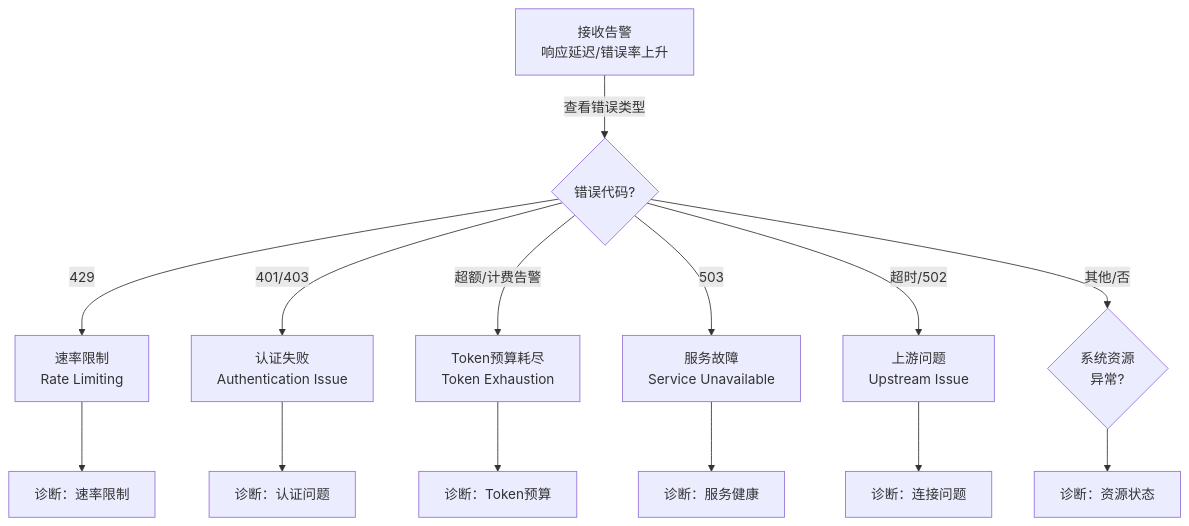
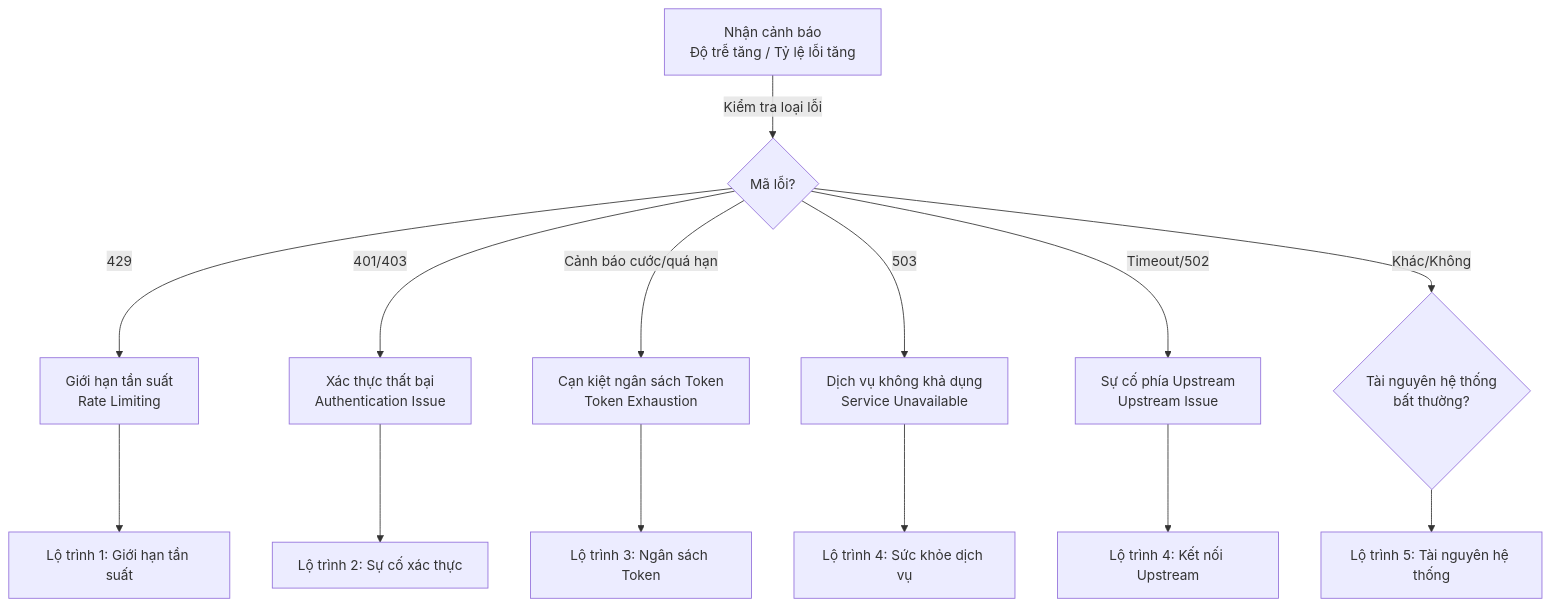
The diagram in 15_troubleshooting_trees/15.2_high_concurrency_diagnosis.md (dino-edu/openclaw_guide), drawn with Mermaid before and after one commit. The commit also changed other lines of this file and 19 other files, not shown here.

````diff
--- a/15_troubleshooting_trees/15.2_high_concurrency_diagnosis.md
+++ b/15_troubleshooting_trees/15.2_high_concurrency_diagnosis.md
@@ -25,18 +23,18 @@
 ```mermaid
 graph TD
-    A["接收告警<br/>响应延迟/错误率上升"] -->|查看错误类型| B{错误代码?}
+    A["Nhận cảnh báo<br/>Độ trễ tăng / Tỷ lệ lỗi tăng"] -->|Kiểm tra loại lỗi| B{Mã lỗi?}
 
-    B -->|429| C["速率限制<br/>Rate Limiting"]
-    B -->|401/403| D["认证失败<br/>Authentication Issue"]
-    B -->|超额/计费告警| E["Token预算耗尽<br/>Token Exhaustion"]
-    B -->|503| F["服务故障<br/>Service Unavailable"]
-    B -->|超时/502| G["上游问题<br/>Upstream Issue"]
-    B -->|其他/否| H{系统资源<br/>异常?}
+    B -->|429| C["Giới hạn tần suất<br/>Rate Limiting"]
+    B -->|401/403| D["Xác thực thất bại<br/>Authentication Issue"]
+    B -->|Cảnh báo cước/quá hạn| E["Cạn kiệt ngân sách Token<br/>Token Exhaustion"]
+    B -->|503| F["Dịch vụ không khả dụng<br/>Service Unavailable"]
+    B -->|Timeout/502| G["Sự cố phía Upstream<br/>Upstream Issue"]
+    B -->|Khác/Không| H{Tài nguyên hệ thống<br/>bất thường?}
 
-    C --> C1["诊断：速率限制"]
-    D --> D1["诊断：认证问题"]
-    E --> E1["诊断：Token预算"]
-    F --> F1["诊断：服务健康"]
-    G --> G1["诊断：连接问题"]
-    H --> H1["诊断：资源状态"]
+    C --> C1["Lộ trình 1: Giới hạn tần suất"]
+    D --> D1["Lộ trình 2: Sự cố xác thực"]
+    E --> E1["Lộ trình 3: Ngân sách Token"]
+    F --> F1["Lộ trình 4: Sức khỏe dịch vụ"]
+    G --> G1["Lộ trình 4: Kết nối Upstream"]
+    H --> H1["Lộ trình 5: Tài nguyên hệ thống"]
 ```
````
